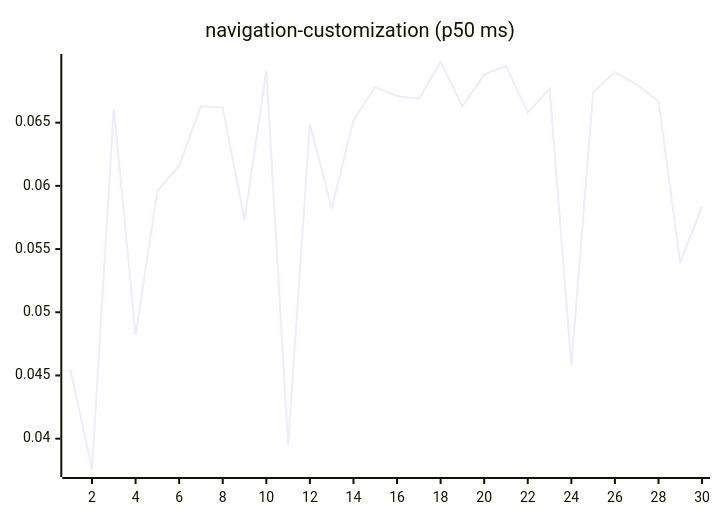
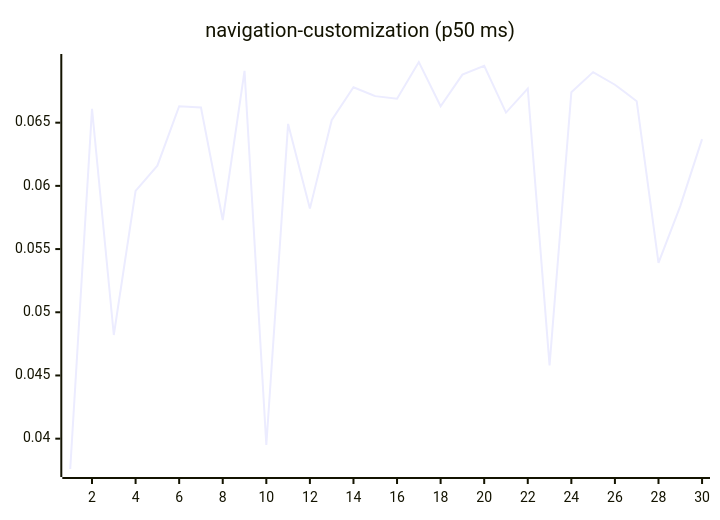
One commit to josha/Facet changed diagram 15 of 27 in README.md. Above: the diagram before and after it, drawn with Mermaid. The commit also changed other lines of this file and 2 other files, not shown here.

````diff
--- a/README.md
+++ b/README.md
@@ -161,6 +161,6 @@
 ```mermaid
 xychart-beta
     title "navigation-customization (p50 ms)"
     x-axis 1 --> 30
-    line [0.0455, 0.0376, 0.0661, 0.0482, 0.0596, 0.0616, 0.0663, 0.0662, 0.0573, 0.0691, 0.0395, 0.0649, 0.0582, 0.0652, 0.0678, 0.0671, 0.0669, 0.0698, 0.0663, 0.0688, 0.0695, 0.0658, 0.0677, 0.0458, 0.0674, 0.0690, 0.0680, 0.0667, 0.0539, 0.0584]
+    line [0.0376, 0.0661, 0.0482, 0.0596, 0.0616, 0.0663, 0.0662, 0.0573, 0.0691, 0.0395, 0.0649, 0.0582, 0.0652, 0.0678, 0.0671, 0.0669, 0.0698, 0.0663, 0.0688, 0.0695, 0.0658, 0.0677, 0.0458, 0.0674, 0.0690, 0.0680, 0.0667, 0.0539, 0.0584, 0.0637]
 ```
````
